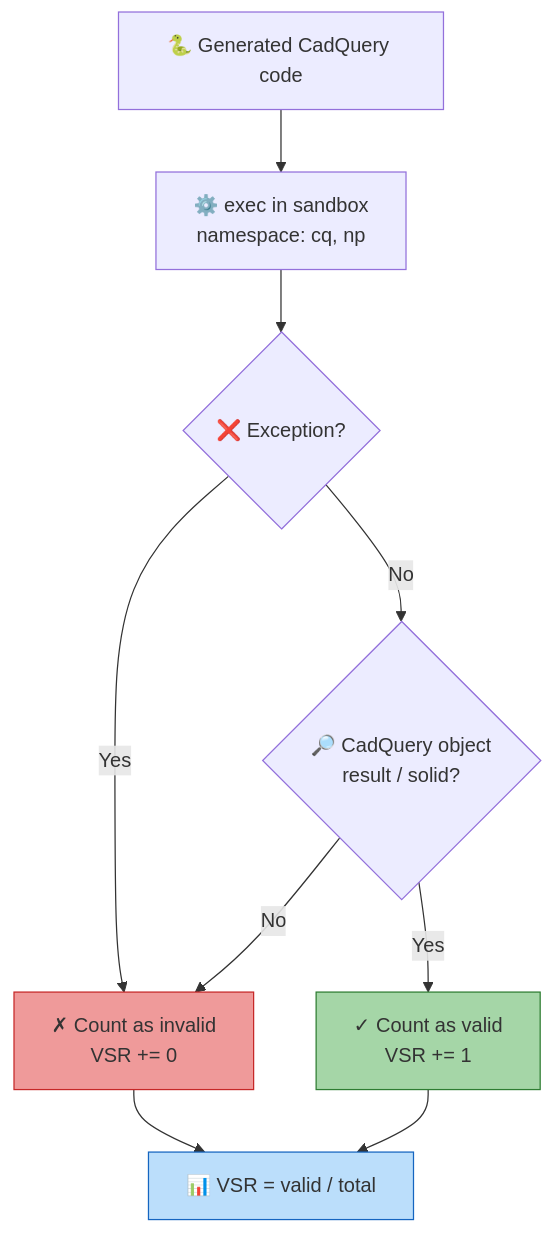
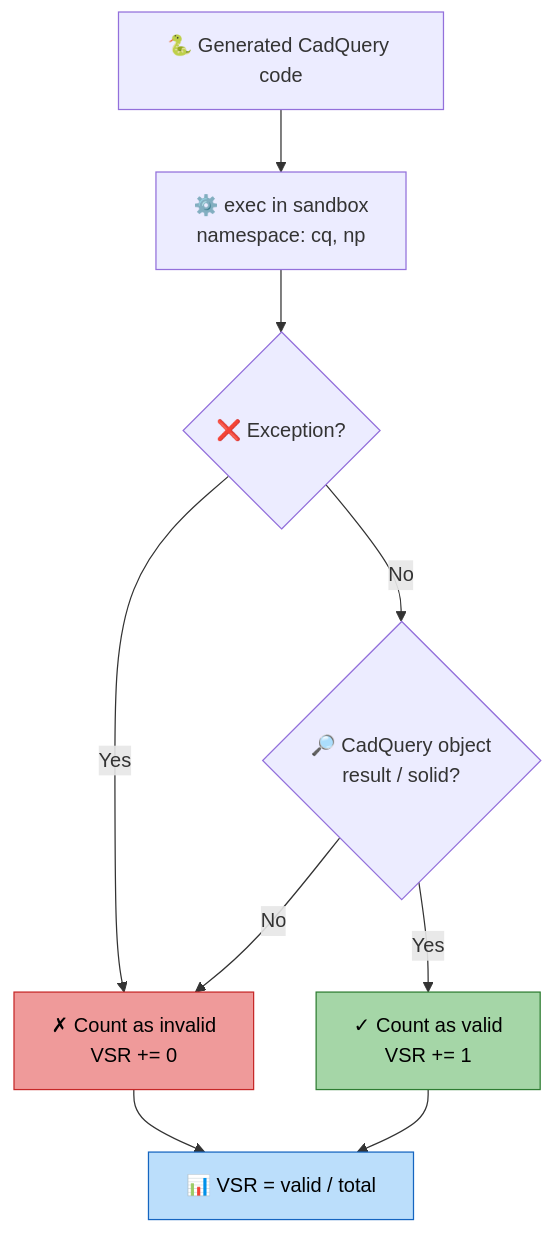
One commit to Ahmad-Abudllah-Ahmad/macagents_mock_test_1 changed the seventh of 10 diagrams in README.md. Above: the diagram before and after it, drawn with Mermaid. The commit also changed other lines of this file, not shown here.

Commit message:
Use black text in README Mermaid diagram nodes for readability.

````diff
--- a/README.md
+++ b/README.md
@@ -272,15 +272,15 @@
 ```mermaid
 flowchart TD
     CODE["🐍 Generated CadQuery code"] --> EXEC["⚙️ exec in sandbox<br/>namespace: cq, np"]
     EXEC --> ERR{"❌ Exception?"}
     ERR -->|Yes| FAIL["✗ Count as invalid<br/>VSR += 0"]
     ERR -->|No| FIND{"🔎 CadQuery object<br/>result / solid?"}
     FIND -->|No| FAIL
     FIND -->|Yes| OK["✓ Count as valid<br/>VSR += 1"]
     FAIL --> RATE["📊 VSR = valid / total"]
     OK --> RATE
 
-    style OK fill:#a5d6a7,stroke:#2e7d32
-    style FAIL fill:#ef9a9a,stroke:#c62828
-    style RATE fill:#bbdefb,stroke:#1565c0
+    style OK fill:#a5d6a7,stroke:#2e7d32,color:#000
+    style FAIL fill:#ef9a9a,stroke:#c62828,color:#000
+    style RATE fill:#bbdefb,stroke:#1565c0,color:#000
 ```
````
